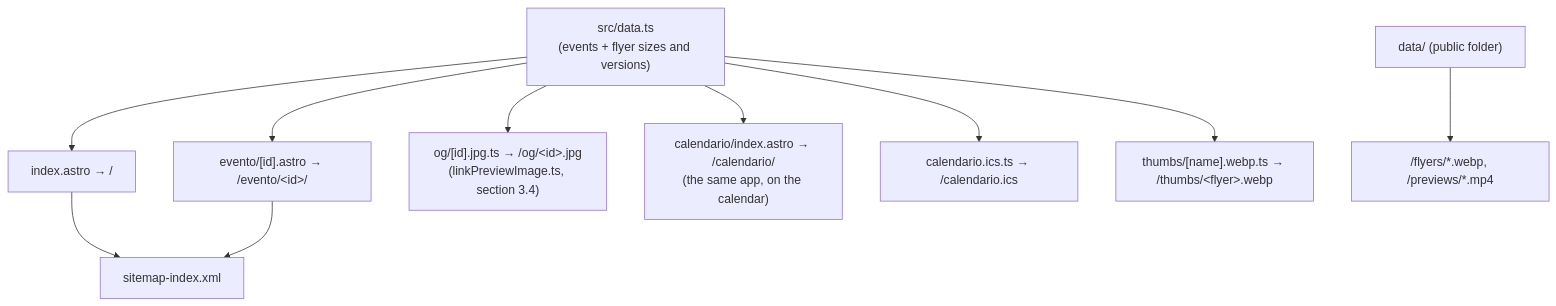
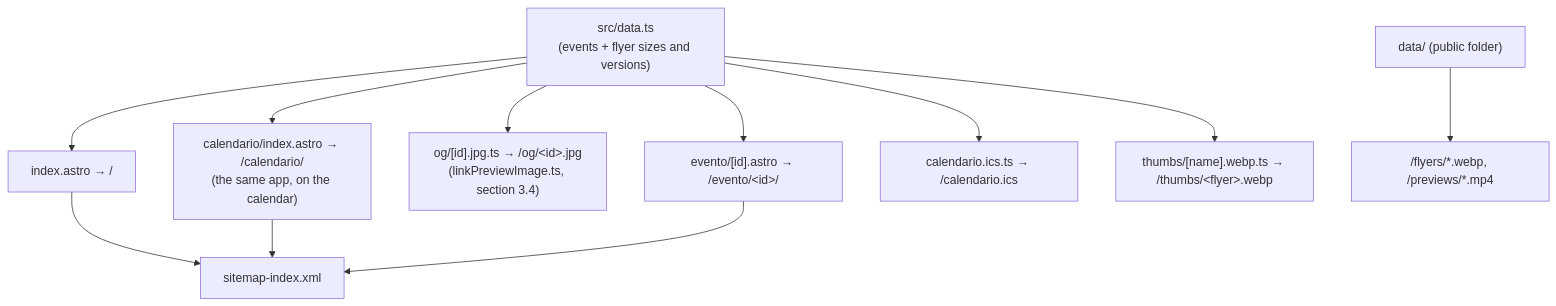
The fourth of 9 diagrams in docs/ARCHITECTURE.md (pa-bailar/pa-bailar.github.io), drawn with Mermaid before and after one commit. The commit also changed other lines of this file and 6 other files, not shown here.

````diff
--- a/docs/ARCHITECTURE.md
+++ b/docs/ARCHITECTURE.md
@@ -188,12 +188,13 @@
 ```mermaid
 flowchart TD
     D["src/data.ts<br/>(events + flyer sizes and versions)"] --> IDX["index.astro → /"]
     D --> EVT["evento/[id].astro → /evento/&lt;id&gt;/"]
     D --> OG["og/[id].jpg.ts → /og/&lt;id&gt;.jpg<br/>(linkPreviewImage.ts, section 3.4)"]
     D --> CAL["calendario/index.astro → /calendario/<br/>(the same app, on the calendar)"]
     D --> ICS["calendario.ics.ts → /calendario.ics"]
     D --> TH["thumbs/[name].webp.ts → /thumbs/&lt;flyer&gt;.webp"]
     IDX --> SM["sitemap-index.xml"]
+    CAL --> SM
     EVT --> SM
     PUB["data/ (public folder)"] --> FLY["/flyers/*.webp, /previews/*.mp4"]
 ```
````
